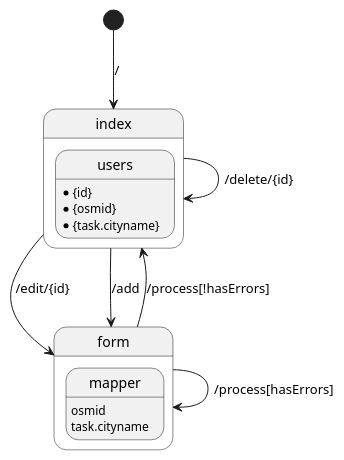
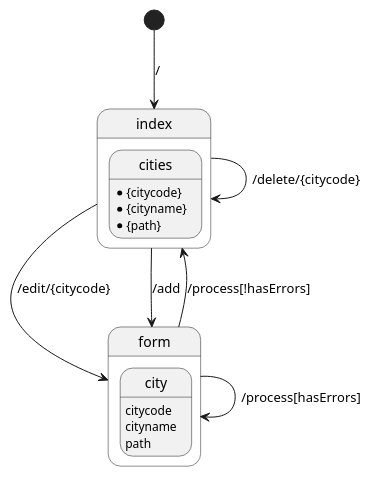
Before and after one commit to yuuhayashi/task-bldg: the diagram in controller.pu, drawn with PlantUML. The commit also changed 14 other files, not shown here.

```diff
--- a/controller.pu
+++ b/controller.pu
@@ -1,24 +1,25 @@
 @startuml
 
 [*] --> index : /
 
 state index {
-	state users
-	users : *{id}
-	users : *{osmid}
-	users : *{task.cityname}
+	state cities
+	cities : *{citycode}
+	cities : *{cityname}
+	cities : *{path}
 }
 state form {
-	state mapper {
-		mapper : osmid
-		mapper : task.cityname
+	state city {
+		city : citycode
+		city : cityname
+		city : path
 	}
 }
 
-index --> index : /delete/{id}
-index --> form : /edit/{id}
+index --> index : /delete/{citycode}
+index --> form : /edit/{citycode}
 index --> form : /add
 form --> index : /process[!hasErrors]
 form --> form : /process[hasErrors]
 
 @enduml
```
